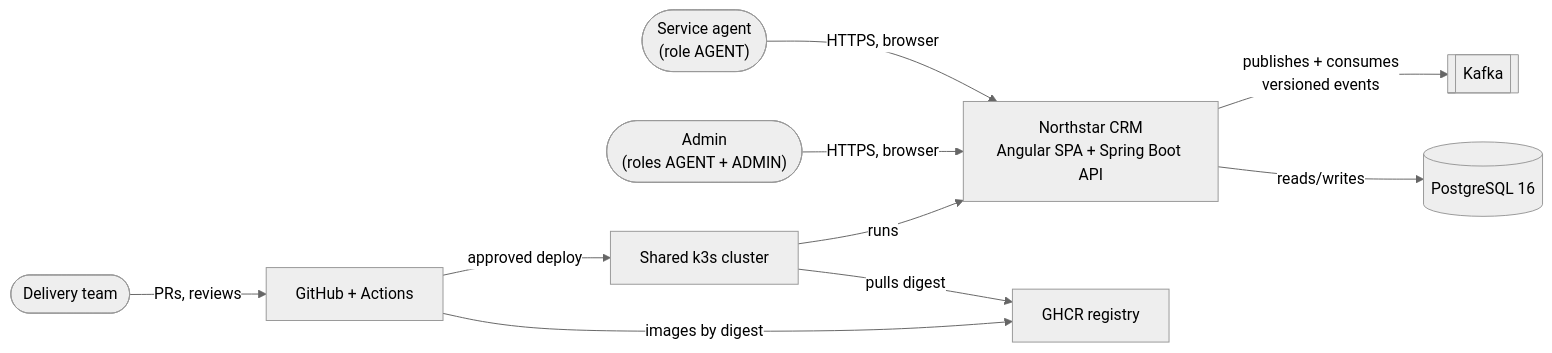
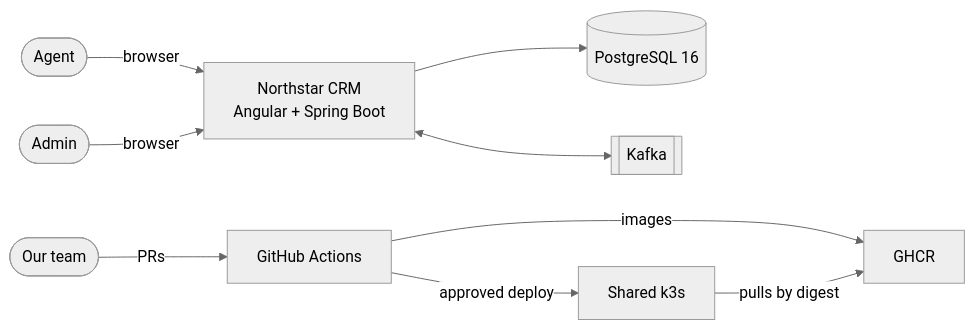
The diagram in docs/architecture/context.md (WillCraig/CapstoneProjectBoot), drawn with Mermaid (neutral theme) before and after one commit. The commit also changed other lines of this file and 18 other files, not shown here.

````diff
--- a/docs/architecture/context.md
+++ b/docs/architecture/context.md
@@ -5,12 +5,11 @@
 ```mermaid
 flowchart LR
-  Agent(["Service agent<br/>(role AGENT)"]) -->|"HTTPS, browser"| CRM["Northstar CRM<br/>Angular SPA + Spring Boot API"]
-  Admin(["Admin<br/>(roles AGENT + ADMIN)"]) -->|"HTTPS, browser"| CRM
-  CRM -->|"reads/writes"| PG[("PostgreSQL 16")]
-  CRM -->|"publishes + consumes<br/>versioned events"| K[["Kafka"]]
-  Team(["Delivery team"]) -->|"PRs, reviews"| GH["GitHub + Actions"]
-  GH -->|"images by digest"| GHCR["GHCR registry"]
-  GH -->|"approved deploy"| K3S["Shared k3s cluster"]
-  K3S -->|"pulls digest"| GHCR
-  K3S -->|"runs"| CRM
+  Agent(["Agent"]) -->|"browser"| CRM["Northstar CRM<br/>Angular + Spring Boot"]
+  Admin(["Admin"]) -->|"browser"| CRM
+  CRM --> PG[("PostgreSQL 16")]
+  CRM <--> K[["Kafka"]]
+  Team(["Our team"]) -->|"PRs"| GH["GitHub Actions"]
+  GH -->|"images"| GHCR["GHCR"]
+  GH -->|"approved deploy"| K3S["Shared k3s"]
+  K3S -->|"pulls by digest"| GHCR
 ```
````
